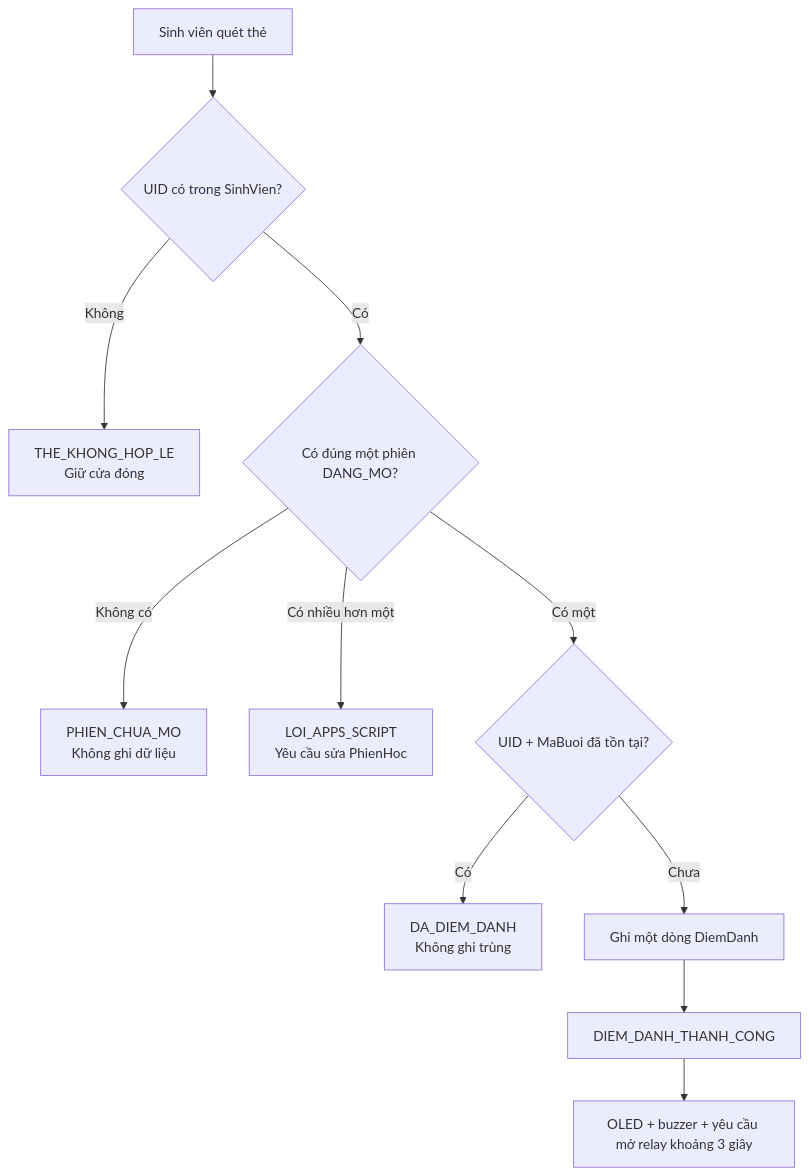
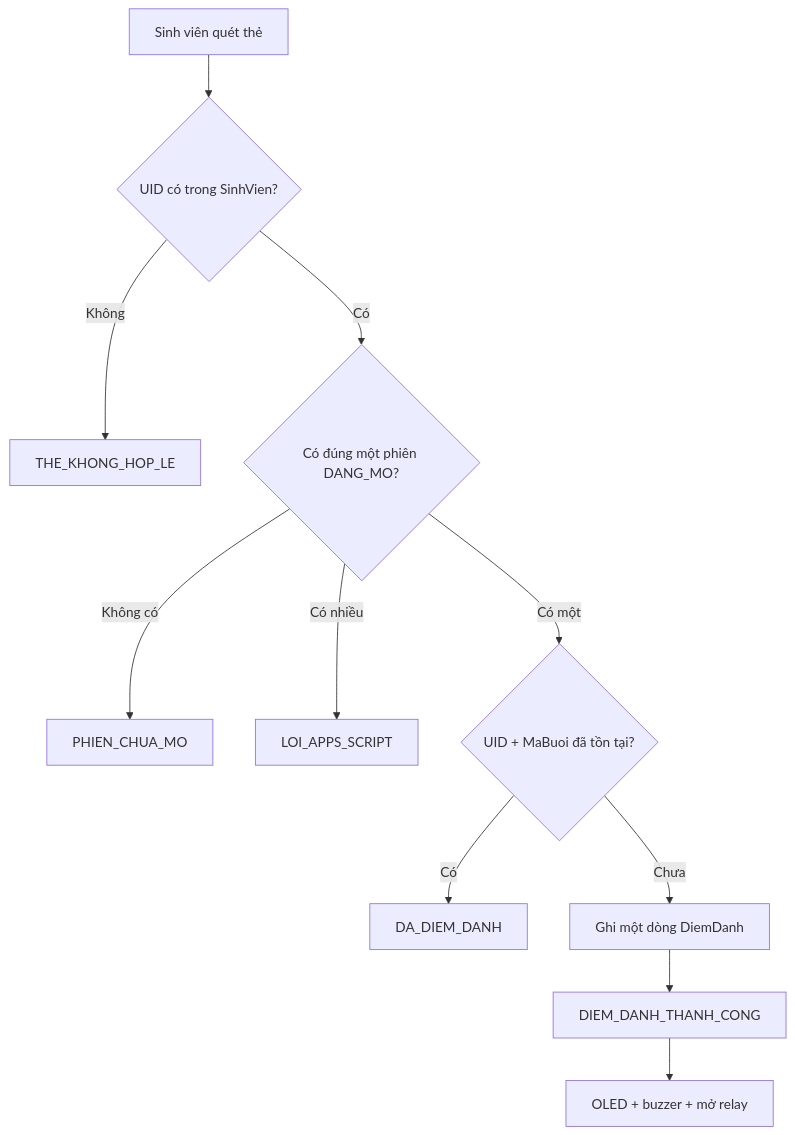
Before and after one commit to nguyen-mowftee2006/iot-tx2-project-ver1: the second of 3 diagrams in BAO_CAO_TOM_TAT_DU_AN.md, drawn with Mermaid. The commit also changed other lines of this file and 3 other files, not shown here.

````diff
--- a/BAO_CAO_TOM_TAT_DU_AN.md
+++ b/BAO_CAO_TOM_TAT_DU_AN.md
@@ -352,13 +299,13 @@
 ```mermaid
 flowchart TD
     A[Sinh viên quét thẻ] --> B{UID có trong SinhVien?}
-    B -- Không --> X["THE_KHONG_HOP_LE<br/>Giữ cửa đóng"]
+    B -- Không --> X[THE_KHONG_HOP_LE]
     B -- Có --> C{Có đúng một phiên DANG_MO?}
-    C -- Không có --> D["PHIEN_CHUA_MO<br/>Không ghi dữ liệu"]
-    C -- Có nhiều hơn một --> E["LOI_APPS_SCRIPT<br/>Yêu cầu sửa PhienHoc"]
+    C -- Không có --> D[PHIEN_CHUA_MO]
+    C -- Có nhiều --> E[LOI_APPS_SCRIPT]
     C -- Có một --> F{UID + MaBuoi đã tồn tại?}
-    F -- Có --> G["DA_DIEM_DANH<br/>Không ghi trùng"]
+    F -- Có --> G[DA_DIEM_DANH]
     F -- Chưa --> H[Ghi một dòng DiemDanh]
     H --> I[DIEM_DANH_THANH_CONG]
-    I --> J["OLED + buzzer + yêu cầu mở relay khoảng 3 giây"]
+    I --> J[OLED + buzzer + mở relay]
 ```
````
